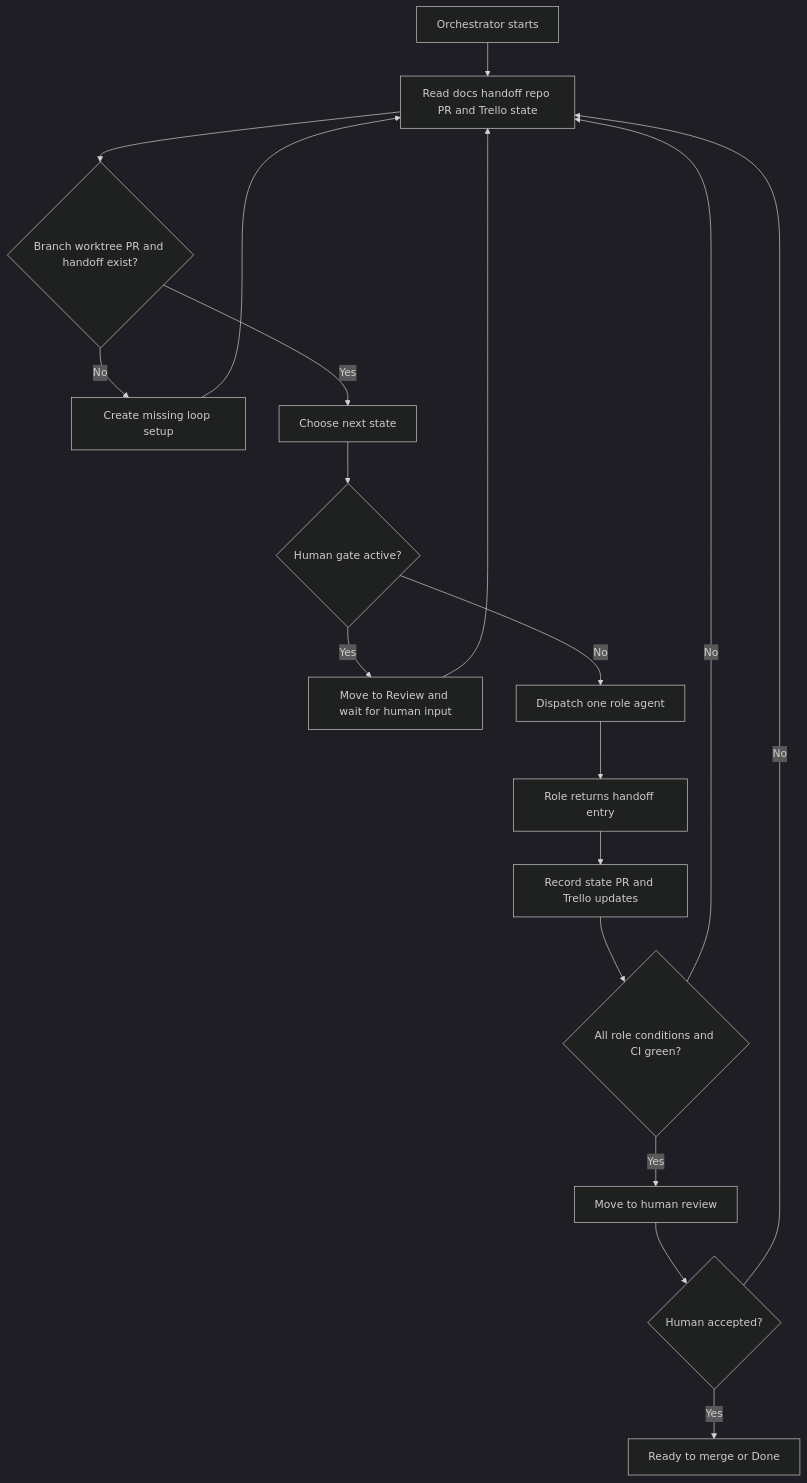
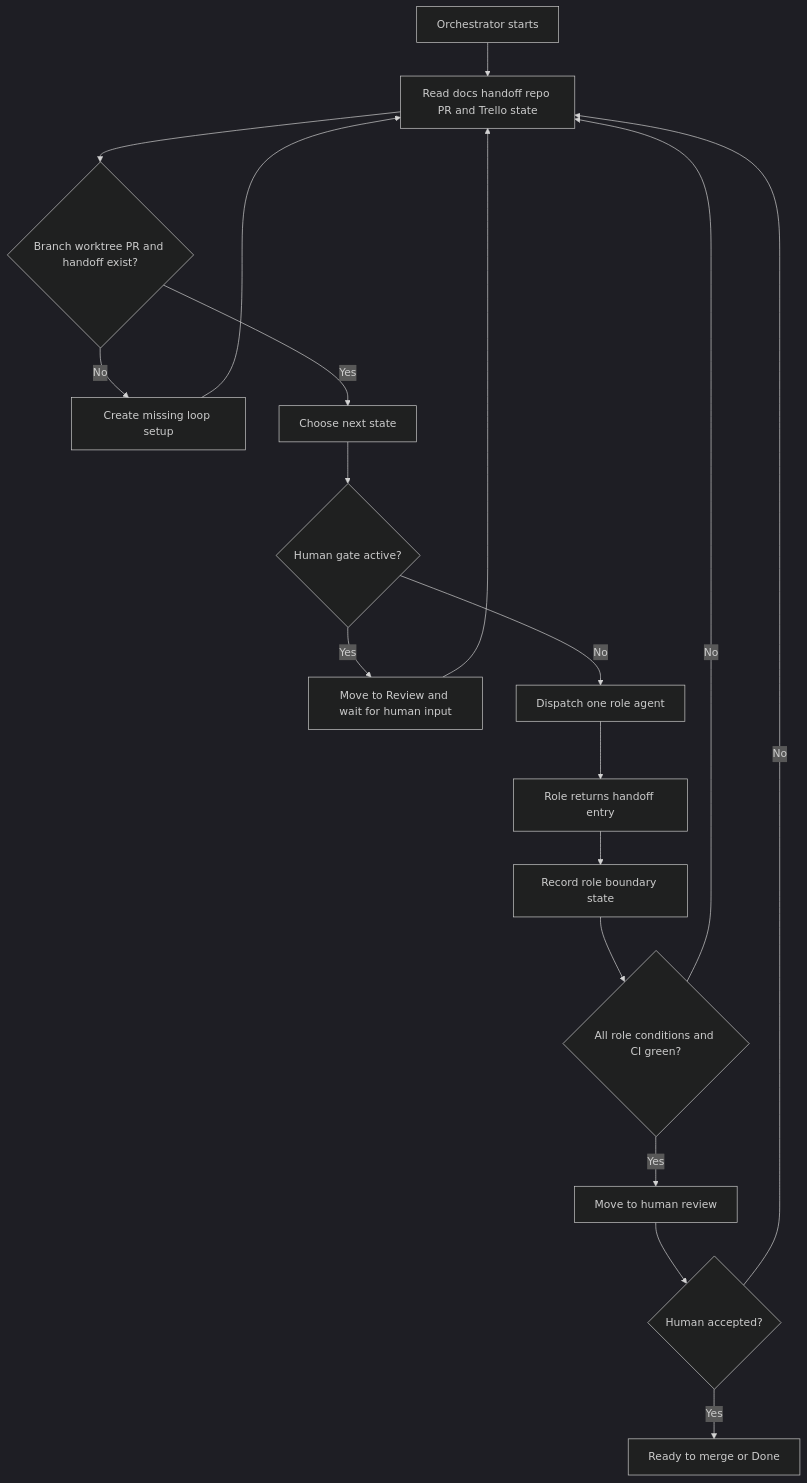
The diagram in docs/agents/loops/orchestrator.md (joesobo/CodeGraphyV4), drawn with Mermaid (dark theme) before and after one commit. The commit also changed other lines of this file and 5 other files, not shown here.

````diff
--- a/docs/agents/loops/orchestrator.md
+++ b/docs/agents/loops/orchestrator.md
@@ -42,20 +44,20 @@
 ```mermaid
 flowchart TD
     Start["Orchestrator starts"] --> Read["Read docs handoff repo PR and Trello state"]
     Read --> Setup{"Branch worktree PR and handoff exist?"}
     Setup -->|No| Create["Create missing loop setup"]
     Create --> Read
     Setup -->|Yes| Decide["Choose next state"]
     Decide --> Human{"Human gate active?"}
     Human -->|Yes| Wait["Move to Review and wait for human input"]
     Wait --> Read
     Human -->|No| Dispatch["Dispatch one role agent"]
     Dispatch --> Return["Role returns handoff entry"]
-    Return --> Record["Record state PR and Trello updates"]
+    Return --> Record["Record role boundary state"]
     Record --> Ready{"All role conditions and CI green?"}
     Ready -->|No| Read
     Ready -->|Yes| Review["Move to human review"]
     Review --> Final{"Human accepted?"}
     Final -->|No| Read
     Final -->|Yes| Done["Ready to merge or Done"]
 ```
````
